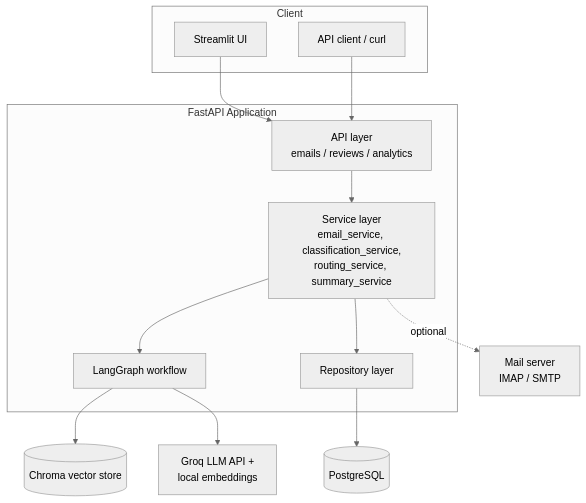
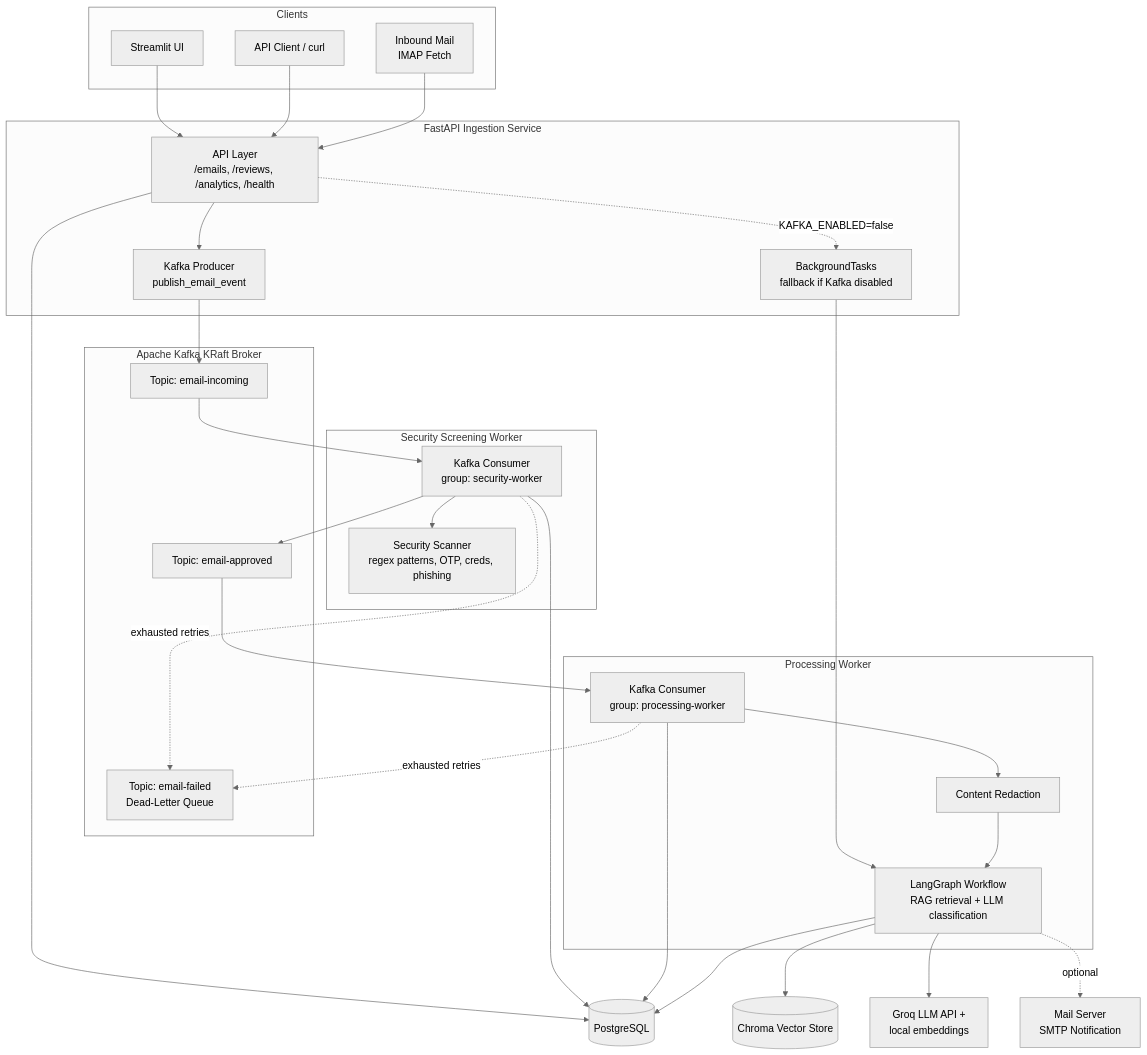
The first of 5 diagrams in README.md (Shivam091105/Email-Router), drawn with Mermaid (neutral theme) before and after one commit. The commit also changed other lines of this file and 1 other file, not shown here.

````diff
--- a/README.md
+++ b/README.md
@@ -55,29 +59,63 @@
 ```mermaid
 flowchart TB
-    subgraph Client
+    subgraph Clients
         UI[Streamlit UI]
-        API_CLIENT[API client / curl]
+        API_CLIENT[API Client / curl]
+        MAIL_IN[Inbound Mail<br/>IMAP Fetch]
     end
 
-    subgraph FastAPI Application
-        ROUTES[API layer<br/>emails / reviews / analytics]
-        SERVICES[Service layer<br/>email_service, classification_service,<br/>routing_service, summary_service]
-        GRAPH[LangGraph workflow]
-        REPO[Repository layer]
+    subgraph Ingestion [FastAPI Ingestion Service]
+        ROUTES[API Layer<br/>/emails, /reviews, /analytics, /health]
+        PRODUCER[Kafka Producer<br/>publish_email_event]
+        FALLBACK[BackgroundTasks<br/>fallback if Kafka disabled]
+    end
+
+    subgraph Kafka [Apache Kafka KRaft Broker]
+        T_INCOMING[Topic: email-incoming]
+        T_APPROVED[Topic: email-approved]
+        T_FAILED[Topic: email-failed<br/>Dead-Letter Queue]
+    end
+
+    subgraph SecurityWorker [Security Screening Worker]
+        SEC_CONSUMER[Kafka Consumer<br/>group: security-worker]
+        SCANNER[Security Scanner<br/>regex patterns, OTP, creds, phishing]
+    end
+
+    subgraph ProcessingWorker [Processing Worker]
+        PROC_CONSUMER[Kafka Consumer<br/>group: processing-worker]
+        REDACTOR[Content Redaction]
+        GRAPH[LangGraph Workflow<br/>RAG retrieval + LLM classification]
     end
 
     DB[(PostgreSQL)]
-    CHROMA[(Chroma vector store)]
-    HF[Groq LLM API +<br/>local embeddings]
-    MAIL[Mail server<br/>IMAP / SMTP]
+    CHROMA[(Chroma Vector Store)]
+    LLM[Groq LLM API +<br/>local embeddings]
+    MAIL_OUT[Mail Server<br/>SMTP Notification]
 
     UI --> ROUTES
     API_CLIENT --> ROUTES
-    ROUTES --> SERVICES
-    SERVICES --> GRAPH
+    MAIL_IN --> ROUTES
+
+    ROUTES --> DB
+    ROUTES --> PRODUCER
+    PRODUCER --> T_INCOMING
+    ROUTES -.KAFKA_ENABLED=false.-> FALLBACK
+    FALLBACK --> GRAPH
+
+    T_INCOMING --> SEC_CONSUMER
+    SEC_CONSUMER --> SCANNER
+    SEC_CONSUMER --> DB
+    SEC_CONSUMER --> T_APPROVED
+    SEC_CONSUMER -.exhausted retries.-> T_FAILED
+
+    T_APPROVED --> PROC_CONSUMER
+    PROC_CONSUMER --> REDACTOR
+    REDACTOR --> GRAPH
+    PROC_CONSUMER --> DB
+    PROC_CONSUMER -.exhausted retries.-> T_FAILED
+
     GRAPH --> CHROMA
-    GRAPH --> HF
-    SERVICES --> REPO
-    REPO --> DB
-    SERVICES -.optional.-> MAIL
+    GRAPH --> LLM
+    GRAPH --> DB
+    GRAPH -.optional.-> MAIL_OUT
 ```
````
